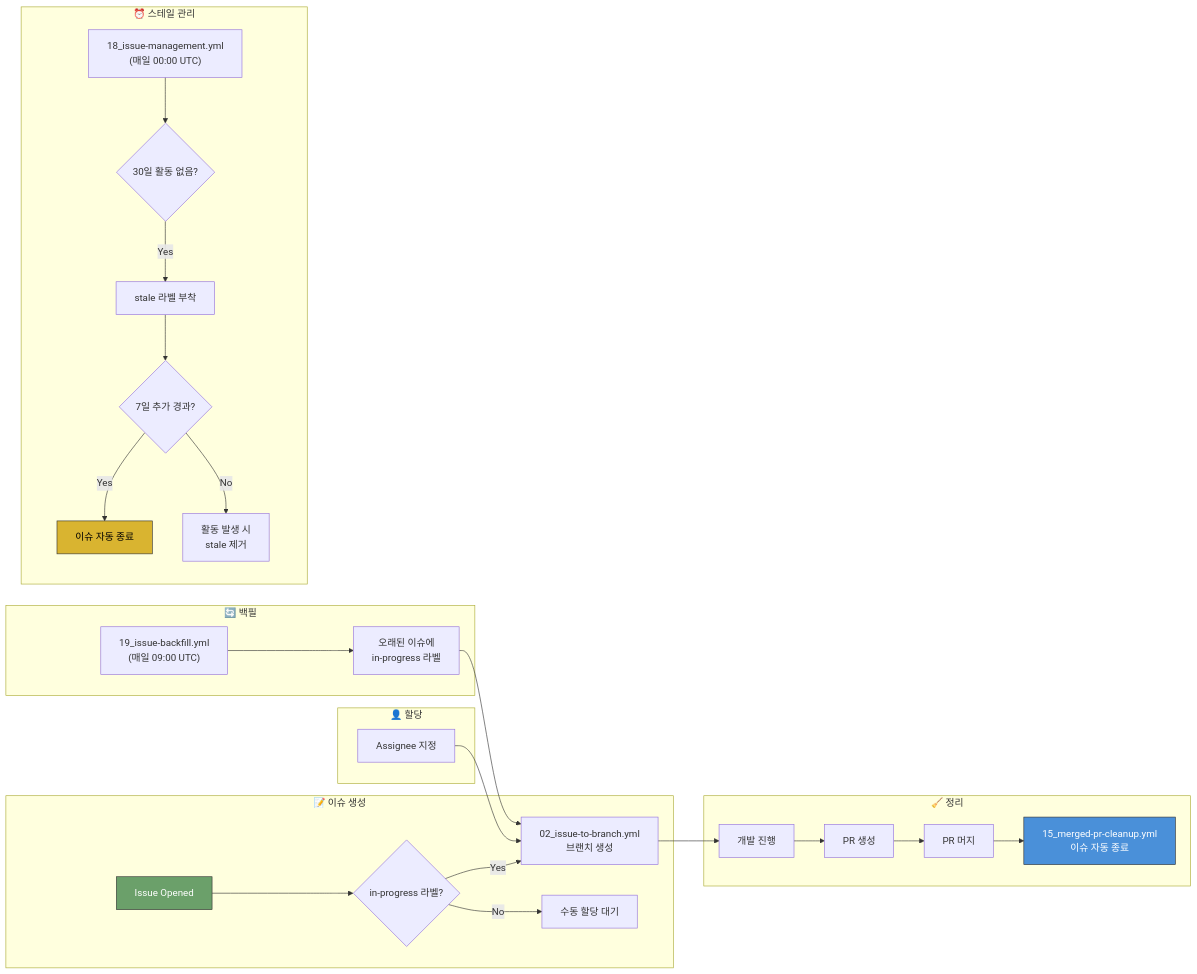
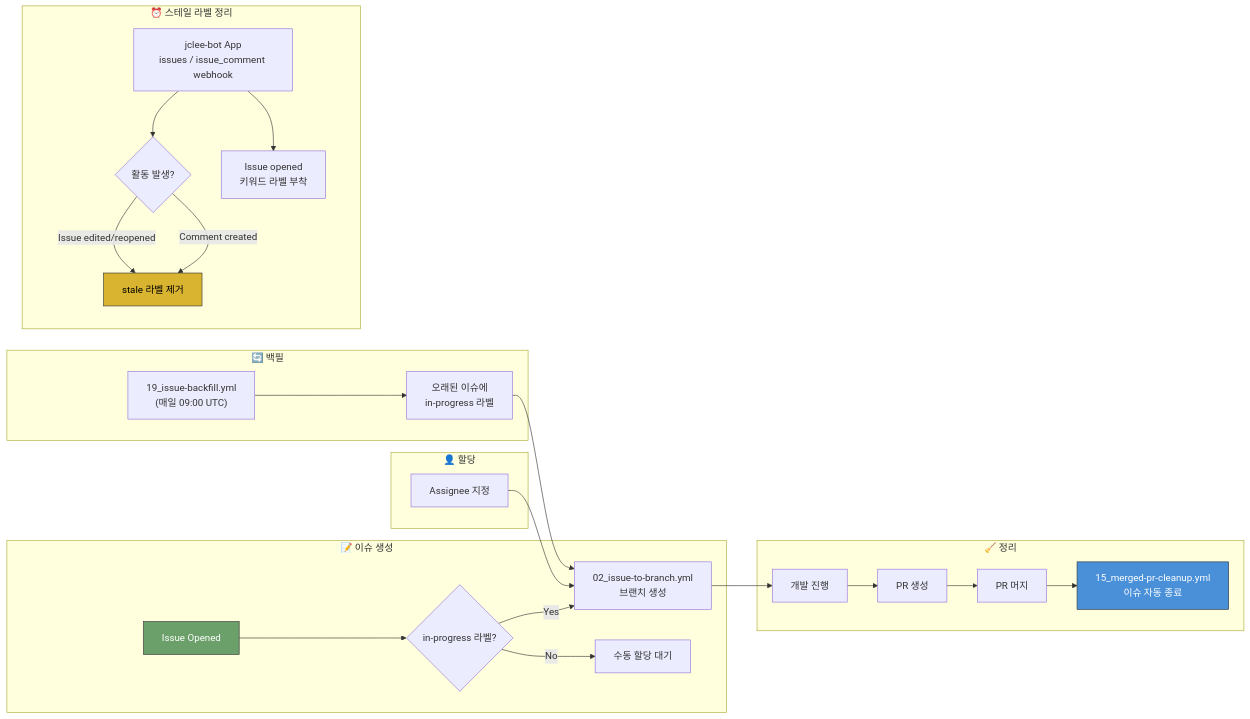
Before and after one commit to jclee941/.github: the fourth of 10 diagrams in docs/architecture.md, drawn with Mermaid. The commit also changed other lines of this file and 8 other files, not shown here.

Commit message:
feat(app): migrate issue management to jclee-bot

````diff
--- a/docs/architecture.md
+++ b/docs/architecture.md
@@ -171,36 +171,35 @@
 ```mermaid
 flowchart LR
     subgraph 생성["📝 이슈 생성"]
         A["Issue Opened"] --> B{"in-progress 라벨?"}
         B -->|Yes| C["02_issue-to-branch.yml<br/>브랜치 생성"]
         B -->|No| D["수동 할당 대기"]
     end
     
     subgraph 할당["👤 할당"]
         E["Assignee 지정"] --> C
     end
     
     subgraph 백필["🔄 백필"]
         F["19_issue-backfill.yml<br/>(매일 09:00 UTC)"] --> G["오래된 이슈에<br/>in-progress 라벨"]
         G --> C
     end
     
     subgraph 정리["🧹 정리"]
         C --> H["개발 진행"]
         H --> I["PR 생성"]
         I --> J["PR 머지"]
         J --> K["15_merged-pr-cleanup.yml<br/>이슈 자동 종료"]
     end
     
-    subgraph 스테일["⏰ 스테일 관리"]
-        L["18_issue-management.yml<br/>(매일 00:00 UTC)"] --> M{"30일 활동 없음?"}
-        M -->|Yes| N["stale 라벨 부착"]
-        N --> O{"7일 추가 경과?"}
-        O -->|Yes| P["이슈 자동 종료"]
-        O -->|No| Q["활동 발생 시<br/>stale 제거"]
+    subgraph 스테일["⏰ 스테일 라벨 정리"]
+        L["jclee-bot App<br/>issues / issue_comment webhook"] --> M{"활동 발생?"}
+        M -->|Issue edited/reopened| Q["stale 라벨 제거"]
+        M -->|Comment created| Q
+        L --> N["Issue opened<br/>키워드 라벨 부착"]
     end
     
     style A fill:#6ba06a,stroke:#333,color:#fff
     style K fill:#4a90d9,stroke:#333,color:#fff
-    style P fill:#d9b430,stroke:#333,color:#000
+    style Q fill:#d9b430,stroke:#333,color:#000
 ```
````
